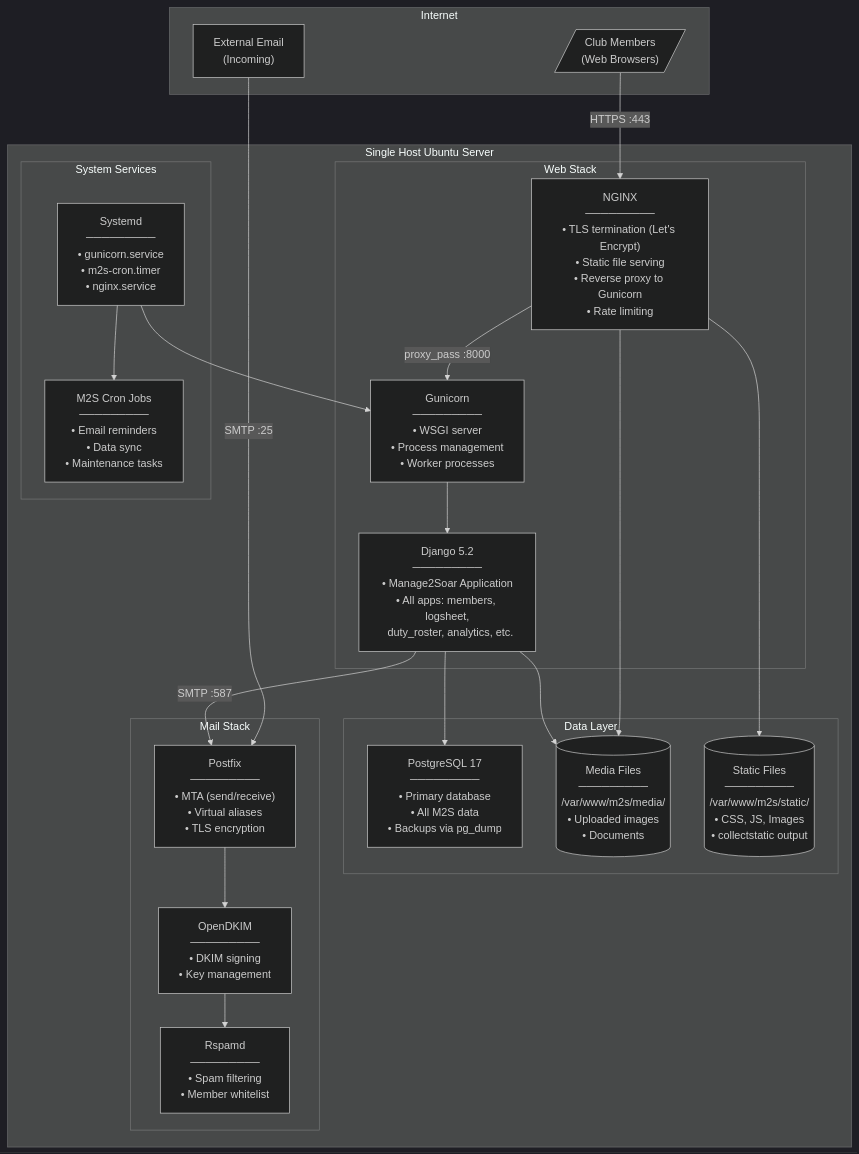
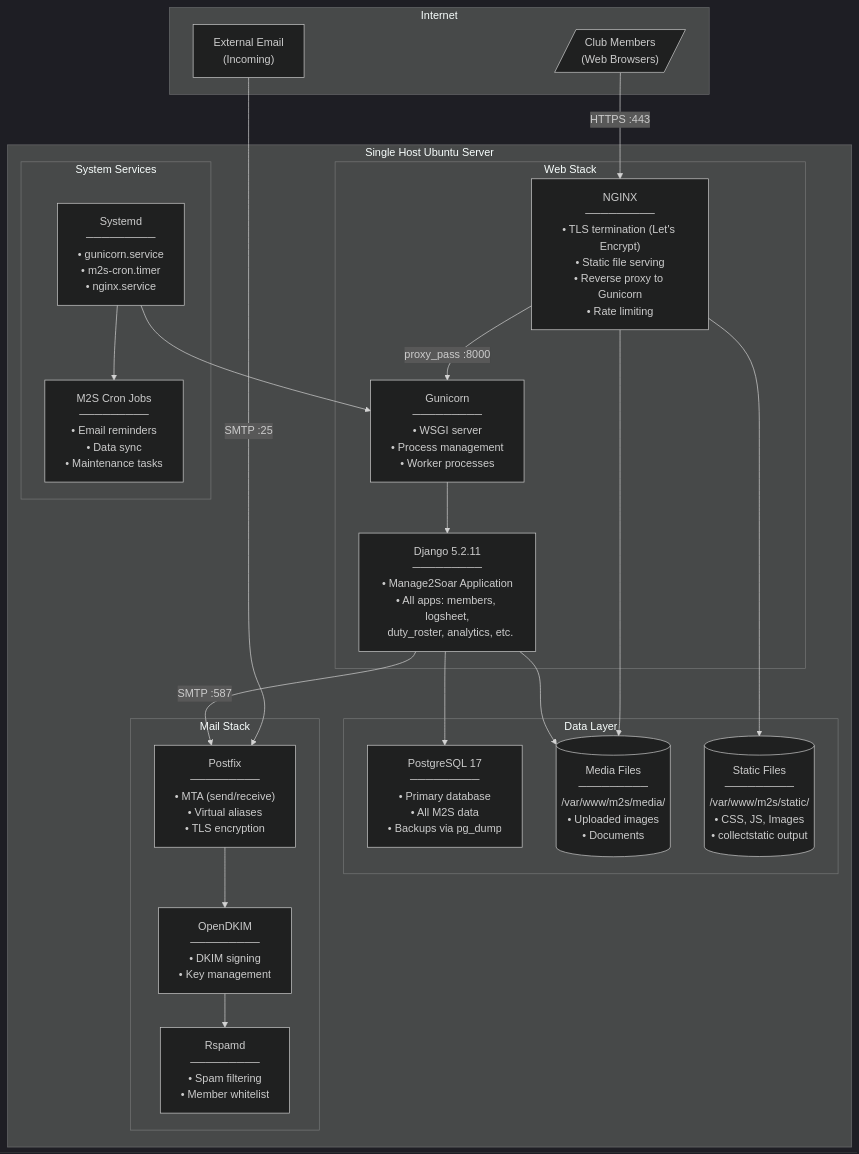
The diagram in infrastructure/docs/single-host-architecture.md (pietbarber/Manage2Soar), drawn with Mermaid (dark theme) before and after one commit. The commit also changed 3 other files, not shown here.

````diff
--- a/infrastructure/docs/single-host-architecture.md
+++ b/infrastructure/docs/single-host-architecture.md
@@ -11,48 +11,48 @@
 ```mermaid
 flowchart TB
     subgraph Internet["Internet"]
         Users[/"Club Members<br/>(Web Browsers)"/]
         ExtMail["External Email<br/>(Incoming)"]
     end
 
     subgraph SingleHost["Single Host Ubuntu Server"]
         subgraph WebStack["Web Stack"]
             NGINX["NGINX<br/>─────────<br/>• TLS termination (Let's Encrypt)<br/>• Static file serving<br/>• Reverse proxy to Gunicorn<br/>• Rate limiting"]
             Gunicorn["Gunicorn<br/>─────────<br/>• WSGI server<br/>• Process management<br/>• Worker processes"]
-            Django["Django 5.2<br/>─────────<br/>• Manage2Soar Application<br/>• All apps: members, logsheet,<br/>  duty_roster, analytics, etc."]
+            Django["Django 5.2.11<br/>─────────<br/>• Manage2Soar Application<br/>• All apps: members, logsheet,<br/>  duty_roster, analytics, etc."]
         end
 
         subgraph DataLayer["Data Layer"]
             PostgreSQL["PostgreSQL 17<br/>─────────<br/>• Primary database<br/>• All M2S data<br/>• Backups via pg_dump"]
             MediaFiles[("Media Files<br/>─────────<br/>/var/www/m2s/media/<br/>• Uploaded images<br/>• Documents")]
             StaticFiles[("Static Files<br/>─────────<br/>/var/www/m2s/static/<br/>• CSS, JS, Images<br/>• collectstatic output")]
         end
 
         subgraph MailStack["Mail Stack"]
             Postfix["Postfix<br/>─────────<br/>• MTA (send/receive)<br/>• Virtual aliases<br/>• TLS encryption"]
             OpenDKIM["OpenDKIM<br/>─────────<br/>• DKIM signing<br/>• Key management"]
             Rspamd["Rspamd<br/>─────────<br/>• Spam filtering<br/>• Member whitelist"]
         end
 
         subgraph Services["System Services"]
             Systemd["Systemd<br/>─────────<br/>• gunicorn.service<br/>• m2s-cron.timer<br/>• nginx.service"]
             Cron["M2S Cron Jobs<br/>─────────<br/>• Email reminders<br/>• Data sync<br/>• Maintenance tasks"]
         end
     end
 
     Users -->|"HTTPS :443"| NGINX
     NGINX -->|"proxy_pass :8000"| Gunicorn
     Gunicorn --> Django
     Django --> PostgreSQL
     Django --> MediaFiles
     NGINX --> StaticFiles
     NGINX --> MediaFiles
 
     Django -->|"SMTP :587"| Postfix
     ExtMail -->|"SMTP :25"| Postfix
     Postfix --> OpenDKIM
     OpenDKIM --> Rspamd
 
     Systemd --> Gunicorn
     Systemd --> Cron
 ```
````
